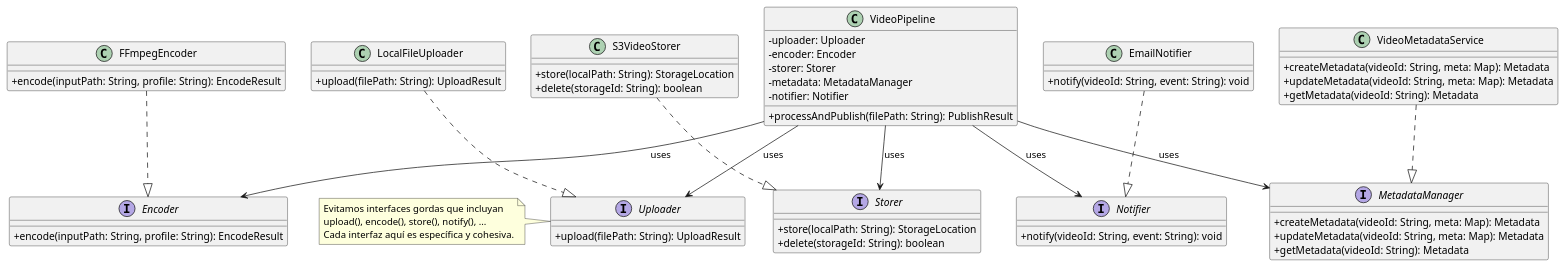
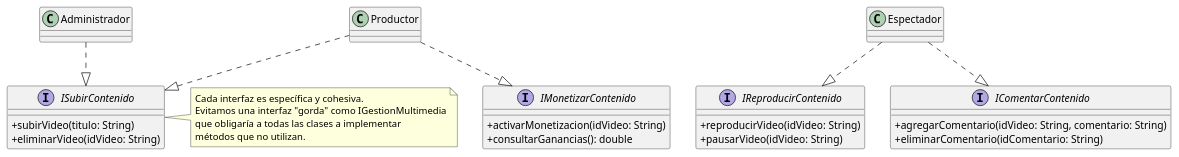
The diagram in diagramas/01-diagrama-clases/01-solid-04-isp.puml (dantebiondi666-prog/SistemaProductoraVideos), drawn with PlantUML before and after one commit. The commit also changed 1 other file, not shown here.

```diff
--- a/diagramas/01-diagrama-clases/01-solid-04-isp.puml
+++ b/diagramas/01-diagrama-clases/01-solid-04-isp.puml
@@ -2,75 +1,44 @@
 @startuml "ISP - Segregación de Interfaces"
 skinparam classAttributeIconSize 0
 
-' Interfaces
-interface Uploader {
-  +upload(filePath: String): UploadResult
+' Interfaces especializadas
+interface ISubirContenido {
+  +subirVideo(titulo: String)
+  +eliminarVideo(idVideo: String)
 }
-interface Encoder {
-  +encode(inputPath: String, profile: String): EncodeResult
+interface IReproducirContenido {
+  +reproducirVideo(idVideo: String)
+  +pausarVideo(idVideo: String)
 }
-interface Storer {
-  +store(localPath: String): StorageLocation
-  +delete(storageId: String): boolean
+interface IComentarContenido {
+  +agregarComentario(idVideo: String, comentario: String)
+  +eliminarComentario(idComentario: String)
 }
-interface MetadataManager {
-  +createMetadata(videoId: String, meta: Map): Metadata
-  +updateMetadata(videoId: String, meta: Map): Metadata
-  +getMetadata(videoId: String): Metadata
-}
-interface Notifier {
-  +notify(videoId: String, event: String): void
+interface IMonetizarContenido {
+  +activarMonetizacion(idVideo: String)
+  +consultarGanancias(): double
 }
 
-' Concrete classes
-class LocalFileUploader {
-  +upload(filePath: String): UploadResult
-}
-class FFmpegEncoder {
-  +encode(inputPath: String, profile: String): EncodeResult
-}
-class S3VideoStorer {
-  +store(localPath: String): StorageLocation
-  +delete(storageId: String): boolean
-}
-class VideoMetadataService {
-  +createMetadata(videoId: String, meta: Map): Metadata
-  +updateMetadata(videoId: String, meta: Map): Metadata
-  +getMetadata(videoId: String): Metadata
-}
-class EmailNotifier {
-  +notify(videoId: String, event: String): void
-}
+' Clases concretas
+class Productor
+class Espectador
+class Administrador
 
-' Relationships
-LocalFileUploader ..|> Uploader
-FFmpegEncoder ..|> Encoder
-S3VideoStorer ..|> Storer
-VideoMetadataService ..|> MetadataManager
-EmailNotifier ..|> Notifier
+' Implementaciones
+Productor ..|> ISubirContenido
+Productor ..|> IMonetizarContenido
 
-' Example consumer
-class VideoPipeline {
-  -uploader: Uploader
-  -encoder: Encoder
-  -storer: Storer
-  -metadata: MetadataManager
-  -notifier: Notifier
+Espectador ..|> IReproducirContenido
+Espectador ..|> IComentarContenido
 
-  +processAndPublish(filePath: String): PublishResult
-}
+Administrador ..|> ISubirContenido
 
-VideoPipeline --> Uploader : uses
-VideoPipeline --> Encoder : uses
-VideoPipeline --> Storer : uses
-VideoPipeline --> MetadataManager : uses
-VideoPipeline --> Notifier : uses
-
-' Note about avoided "fat interface"
-note left of Uploader
-  Evitamos interfaces gordas que incluyan
-  upload(), encode(), store(), notify(), ...
-  Cada interfaz aquí es específica y cohesiva.
+' Nota aclaratoria
+note right of ISubirContenido
+  Cada interfaz es específica y cohesiva.
+  Evitamos una interfaz "gorda" como IGestionMultimedia
+  que obligaría a todas las clases a implementar
+  métodos que no utilizan.
 end note
 
 @enduml
```
